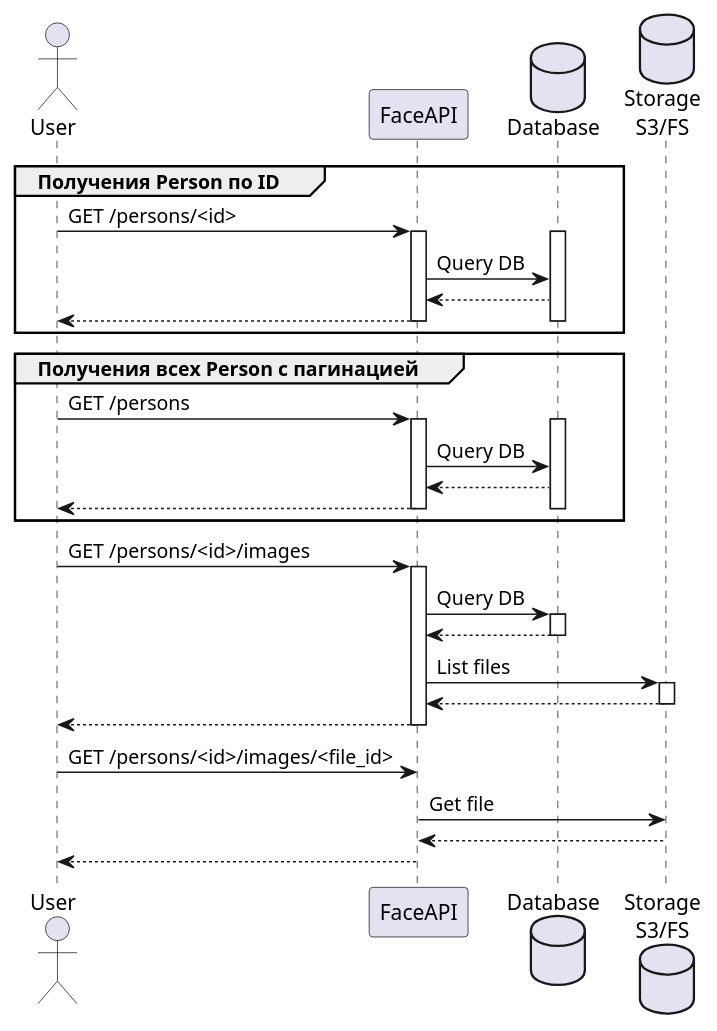
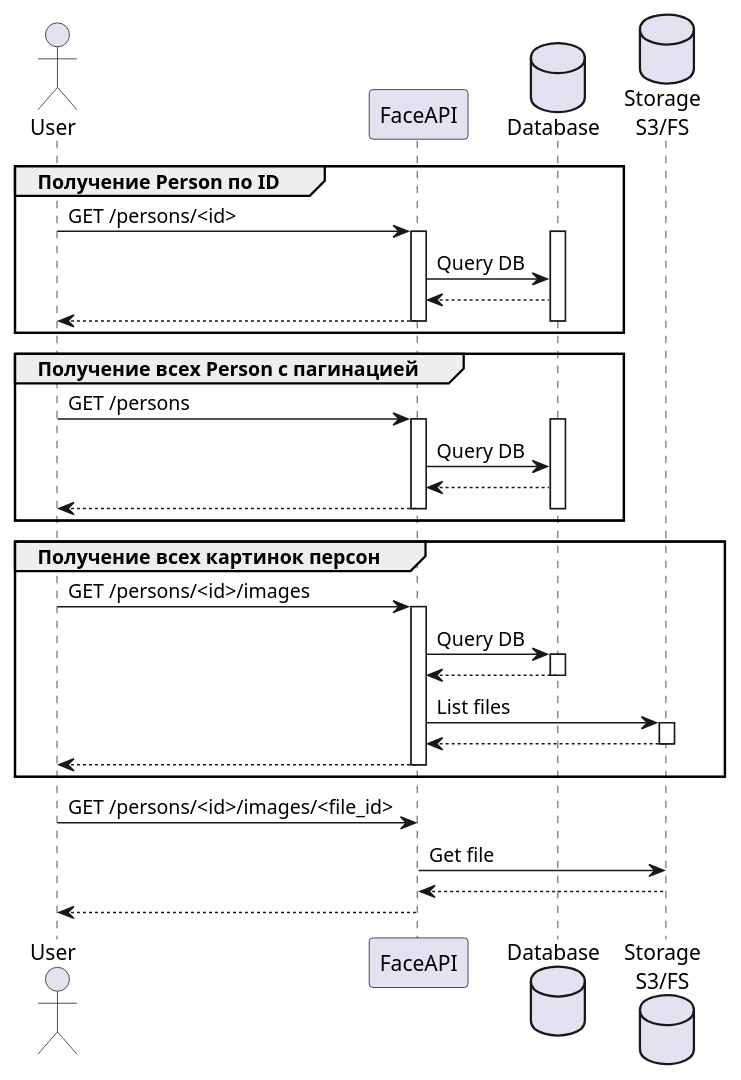
The diagram in test.puml (alexbelyan/test), drawn with PlantUML before and after one commit.

```diff
--- a/test.puml
+++ b/test.puml
@@ -1,47 +1,49 @@
 @startuml
 actor User as User
 participant FaceAPI as FaceAPI
 database Database as Database
 database "Storage\nS3/FS" as Storage
 
-group Получения Person по ID
+group Получение Person по ID
 User -> FaceAPI: GET /persons/<id>
 activate FaceAPI
 activate Database
 FaceAPI -> Database: Query DB
 Database --> FaceAPI
 FaceAPI --> User
 deactivate FaceAPI
 deactivate Database
 end
 
-group Получения всех Person с пагинацией
+group Получение всех Person с пагинацией
 User -> FaceAPI: GET /persons
 activate FaceAPI
 activate Database
 FaceAPI -> Database: Query DB
 Database --> FaceAPI
 FaceAPI --> User
 deactivate FaceAPI
 deactivate Database
 end
 
+group Получение всех картинок персон
 User -> FaceAPI: GET /persons/<id>/images
 activate FaceAPI
 FaceAPI -> Database: Query DB
 activate Database
 Database --> FaceAPI
 deactivate Database
 FaceAPI -> Storage: List files
 activate Storage
 Storage --> FaceAPI
 deactivate Storage
 FaceAPI --> User
 deactivate FaceAPI
+end
 
 User -> FaceAPI: GET /persons/<id>/images/<file_id>
 FaceAPI -> Storage: Get file
 Storage --> FaceAPI
 FaceAPI --> User
 
 @enduml
```
